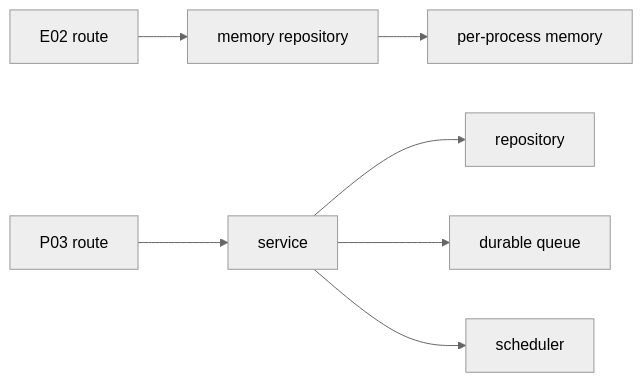
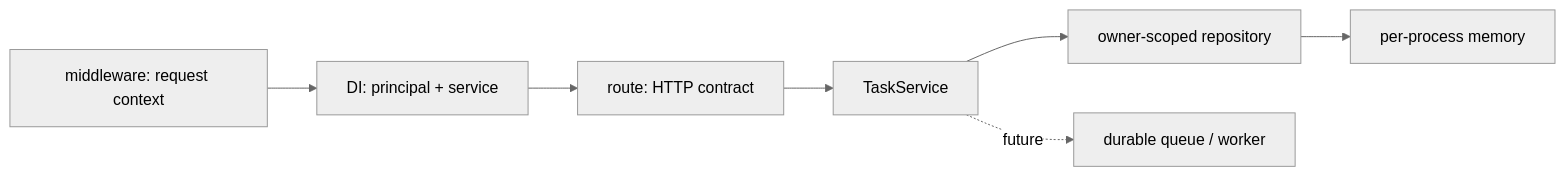
Before and after one commit to mmmmermer/AI-Infra-Learning-Lab: the third of 4 diagrams in 10_学习模块/M02_后端API与服务化/M02_后端API与服务化_适配教材.md, drawn with Mermaid (neutral theme). The commit also changed other lines of this file and 129 other files, not shown here.

````diff
--- a/10_学习模块/M02_后端API与服务化/M02_后端API与服务化_适配教材.md
+++ b/10_学习模块/M02_后端API与服务化/M02_后端API与服务化_适配教材.md
@@ -895,10 +931,9 @@
 ```mermaid
 flowchart LR
-  RouteNow["E02 route"] --> RepoNow["memory repository"]
-  RepoNow --> StoreNow["per-process memory"]
-
-  RouteNext["P03 route"] --> ServiceNext["service"]
-  ServiceNext --> RepoNext["repository"]
-  ServiceNext --> QueueNext["durable queue"]
-  ServiceNext --> SchedulerNext["scheduler"]
+  Middleware["middleware: request context"] --> Dependency["DI: principal + service"]
+  Dependency --> Route["route: HTTP contract"]
+  Route --> Service["TaskService"]
+  Service --> Repo["owner-scoped repository"]
+  Repo --> Memory["per-process memory"]
+  Service -. future .-> Queue["durable queue / worker"]
 ```
````
